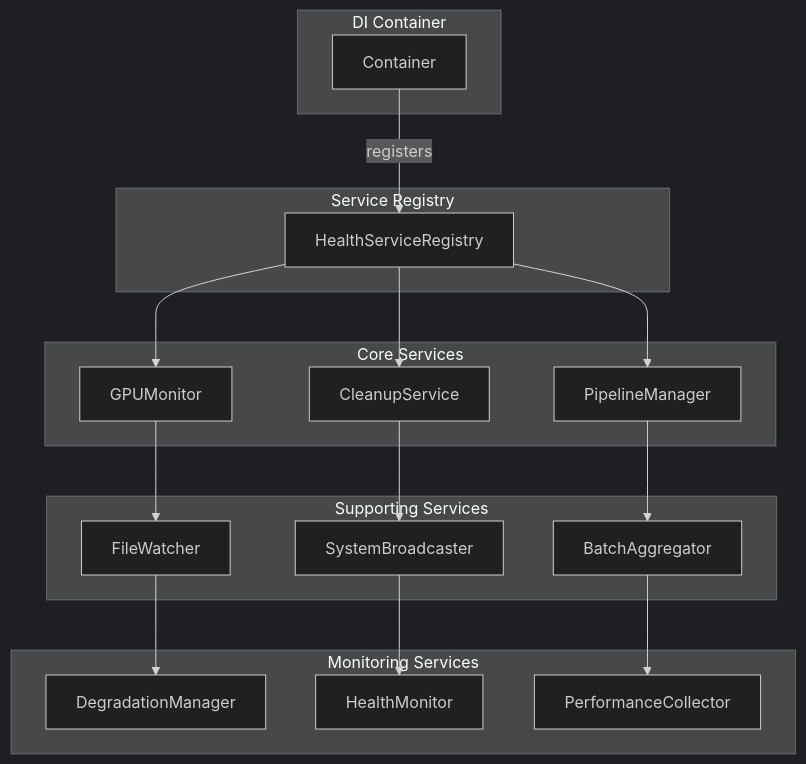
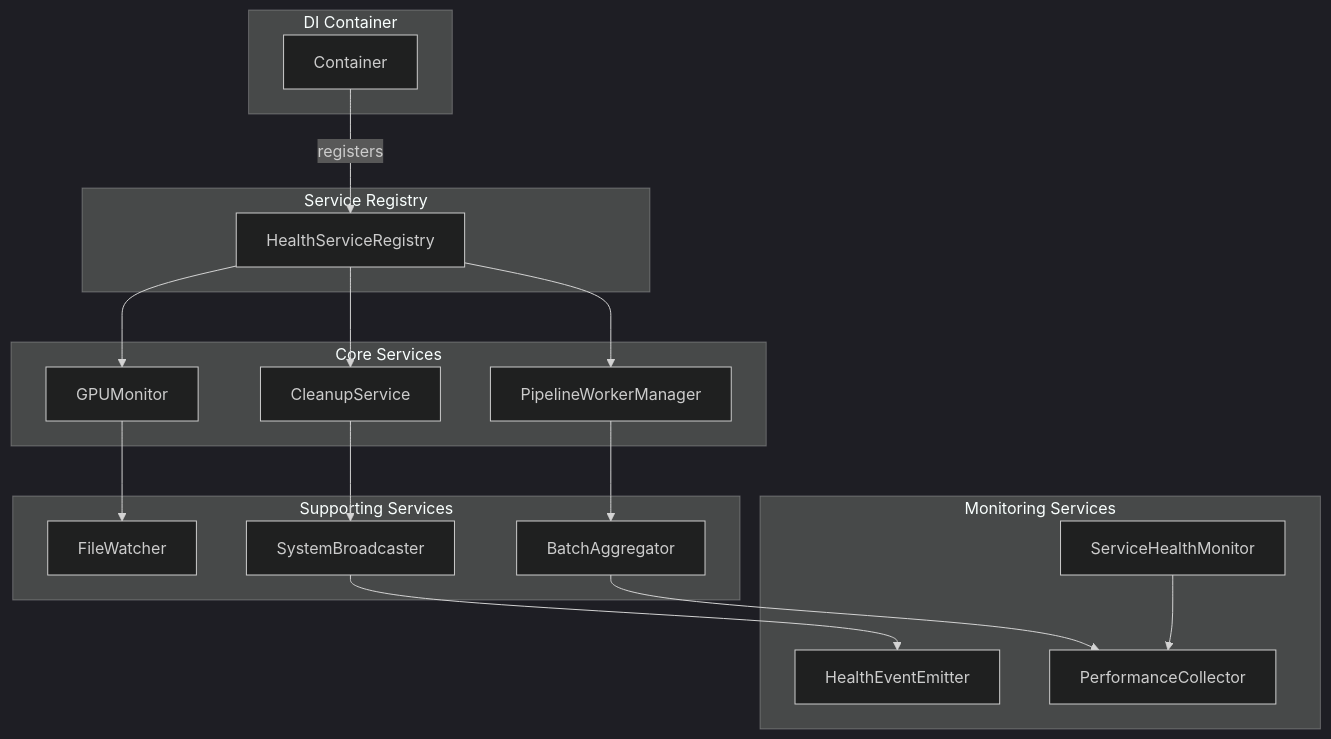
Before and after one commit to mikesvoboda/nemotron-v3-home-security-intelligence: the diagram in docs/developer/health-monitoring-di.md, drawn with Mermaid. The commit also changed other lines of this file and 231 other files, not shown here.

````diff
--- a/docs/developer/health-monitoring-di.md
+++ b/docs/developer/health-monitoring-di.md
@@ -22,40 +16,40 @@
 ```mermaid
 %%{init: {'theme': 'dark'}}%%
 flowchart TB
     subgraph DI["DI Container"]
         Container[Container]
     end
 
     subgraph Registry["Service Registry"]
         HSR[HealthServiceRegistry]
     end
 
     subgraph Layer1["Core Services"]
         GPU[GPUMonitor]
         Cleanup[CleanupService]
-        Pipeline[PipelineManager]
+        Pipeline[PipelineWorkerManager]
     end
 
     subgraph Layer2["Supporting Services"]
         FW[FileWatcher]
         SB[SystemBroadcaster]
         BA[BatchAggregator]
     end
 
     subgraph Layer3["Monitoring Services"]
-        DM[DegradationManager]
-        HM[HealthMonitor]
+        SHM[ServiceHealthMonitor]
+        HM[HealthEventEmitter]
         PC[PerformanceCollector]
     end
 
     Container -->|registers| HSR
     HSR --> GPU
     HSR --> Cleanup
     HSR --> Pipeline
     GPU --> FW
     Cleanup --> SB
     Pipeline --> BA
-    FW --> DM
     SB --> HM
     BA --> PC
+    SHM --> PC
 ```
````
